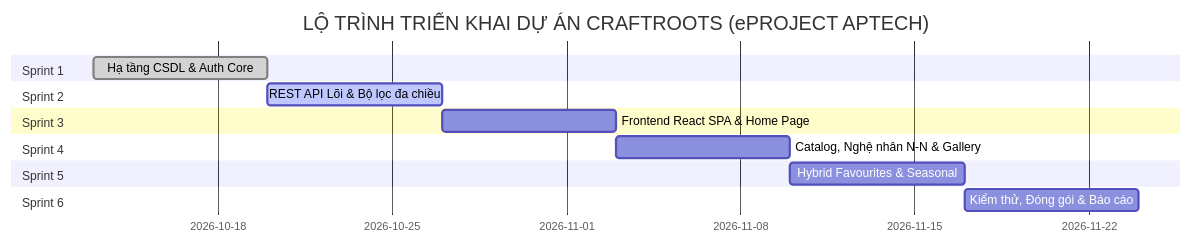
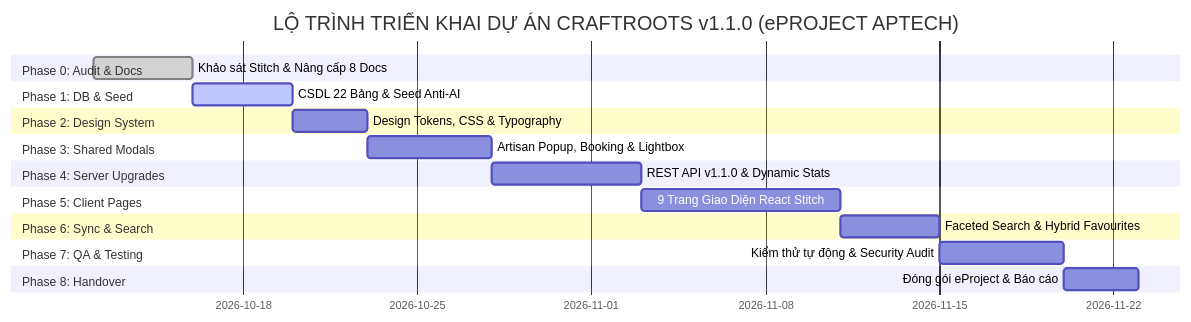
The diagram in docs/task-breakdown.md (O-chit/eproject1), drawn with Mermaid before and after one commit. The commit also changed other lines of this file and 47 other files, not shown here.

````diff
--- a/docs/task-breakdown.md
+++ b/docs/task-breakdown.md
@@ -48,17 +52,23 @@
 ```mermaid
 gantt
-    title LỘ TRÌNH TRIỂN KHAI DỰ ÁN CRAFTROOTS (ePROJECT APTECH)
+    title LỘ TRÌNH TRIỂN KHAI DỰ ÁN CRAFTROOTS v1.1.0 (ePROJECT APTECH)
     dateFormat  YYYY-MM-DD
-    section Sprint 1
-    Hạ tầng CSDL & Auth Core        :done, s1, 2026-10-13, 7d
-    section Sprint 2
-    REST API Lõi & Bộ lọc đa chiều :active, s2, 2026-10-20, 7d
-    section Sprint 3
-    Frontend React SPA & Home Page  :s3, 2026-10-27, 7d
-    section Sprint 4
-    Catalog, Nghệ nhân N-N & Gallery :s4, 2026-11-03, 7d
-    section Sprint 5
-    Hybrid Favourites & Seasonal    :s5, 2026-11-10, 7d
-    section Sprint 6
-    Kiểm thử, Đóng gói & Báo cáo    :s6, 2026-11-17, 7d
+    section Phase 0: Audit & Docs
+    Khảo sát Stitch & Nâng cấp 8 Docs:done, p0, 2026-10-12, 4d
+    section Phase 1: DB & Seed
+    CSDL 22 Bảng & Seed Anti-AI      :active, p1, 2026-10-16, 4d
+    section Phase 2: Design System
+    Design Tokens, CSS & Typography  :p2, 2026-10-20, 3d
+    section Phase 3: Shared Modals
+    Artisan Popup, Booking & Lightbox:p3, 2026-10-23, 5d
+    section Phase 4: Server Upgrades
+    REST API v1.1.0 & Dynamic Stats  :p4, 2026-10-28, 6d
+    section Phase 5: Client Pages
+    9 Trang Giao Diện React Stitch   :p5, 2026-11-03, 8d
+    section Phase 6: Sync & Search
+    Faceted Search & Hybrid Favourites:p6, 2026-11-11, 4d
+    section Phase 7: QA & Testing
+    Kiểm thử tự động & Security Audit:p7, 2026-11-15, 5d
+    section Phase 8: Handover
+    Đóng gói eProject & Báo cáo      :p8, 2026-11-20, 3d
 ```
````
